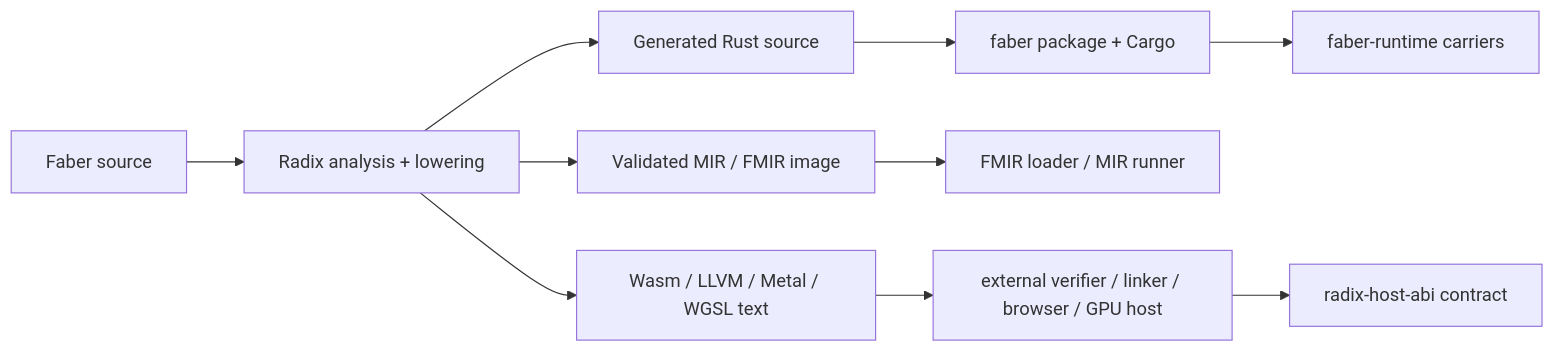
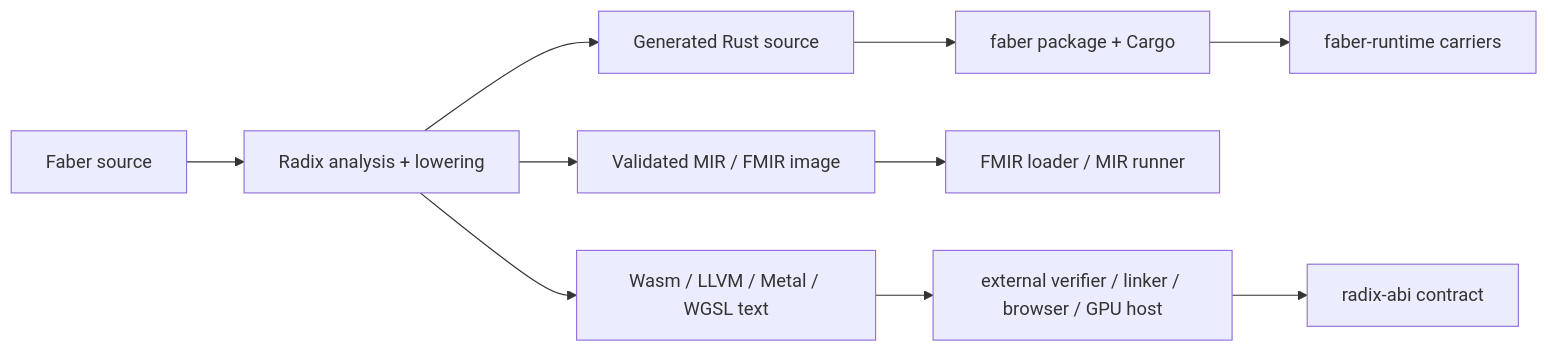
The tenth of 10 diagrams in src/en-US/toolchain/radix.md (faberlang/faberlang.dev), drawn with Mermaid before and after one commit. The commit also changed other lines of this file and 22 other files, not shown here.

````diff
--- a/src/en-US/toolchain/radix.md
+++ b/src/en-US/toolchain/radix.md
@@ -1024,14 +1027,14 @@
 ```mermaid
 flowchart LR
     Source["Faber source"] --> Radix["Radix analysis + lowering"]
     Radix --> RustSrc["Generated Rust source"]
     Radix --> MIRImage["Validated MIR / FMIR image"]
     Radix --> DeviceText["Wasm / LLVM / Metal / WGSL text"]
 
     RustSrc --> Cargo["faber package + Cargo"]
     Cargo --> Runtime["faber-runtime carriers"]
 
     MIRImage --> Runner["FMIR loader / MIR runner"]
     DeviceText --> ExternalHost["external verifier / linker / browser / GPU host"]
-    ExternalHost --> ABI["radix-host-abi contract"]
+    ExternalHost --> ABI["radix-abi contract"]
 ```
````
